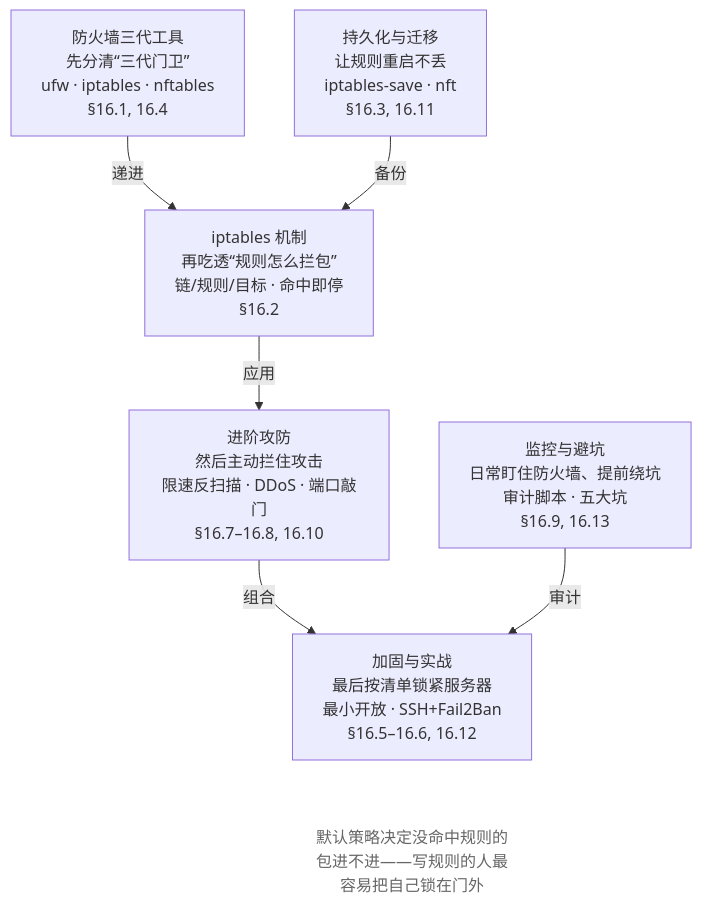
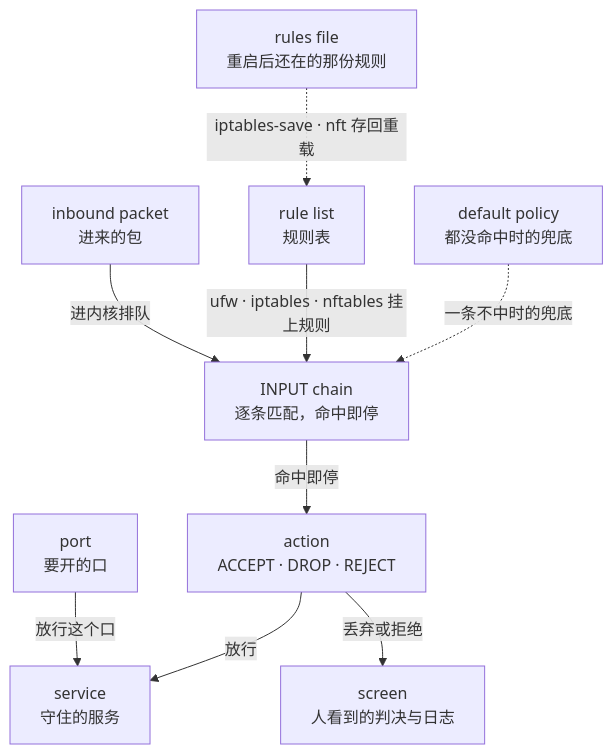
The diagram in src/linux-command/ch16.md (wangxiangnan/wangxiangnan.github.io), drawn with Mermaid before and after one commit. The commit also changed other lines of this file and 32 other files, not shown here.

````diff
--- a/src/linux-command/ch16.md
+++ b/src/linux-command/ch16.md
@@ -14,20 +12,21 @@
 ```mermaid
 flowchart TB
-    A["防火墙三代工具<br>先分清“三代门卫”<br>ufw · iptables · nftables<br>§16.1, 16.4"]
-    B["持久化与迁移<br>让规则重启不丢<br>iptables-save · nft<br>§16.3, 16.11"]
-    C["iptables 机制<br>再吃透“规则怎么拦包”<br>链/规则/目标 · 命中即停<br>§16.2"]
-    D["进阶攻防<br>然后主动拦住攻击<br>限速反扫描 · DDoS · 端口敲门<br>§16.7–16.8, 16.10"]
-    E["监控与避坑<br>日常盯住防火墙、提前绕坑<br>审计脚本 · 五大坑<br>§16.9, 16.13"]
-    F["加固与实战<br>最后按清单锁紧服务器<br>最小开放 · SSH+Fail2Ban<br>§16.5–16.6, 16.12"]
-    NOTE["默认策略决定没命中规则的包进不进——写规则的人最容易把自己锁在门外"]
+    PKT["inbound packet<br>进来的包"]
+    CHAIN["INPUT chain<br>逐条匹配，命中即停"]
+    RULE["rule list<br>规则表"]
+    ACT["action<br>ACCEPT · DROP · REJECT"]
+    POL["default policy<br>都没命中时的兜底"]
+    PORT["port<br>要开的口"]
+    SVC["service<br>守住的服务"]
+    SAVE["rules file<br>重启后还在的那份规则"]
+    SCR["screen<br>人看到的判决与日志"]
 
-    A -->|递进| C
-    C -->|应用| D
-    D -->|组合| F
-    B -->|备份| C
-    E -->|审计| F
-    F ~~~ NOTE
-
-    classDef note fill:none,stroke:none,color:#666
-    class NOTE note
+    PKT -->|"进内核排队"| CHAIN
+    RULE -->|"ufw · iptables · nftables 挂上规则"| CHAIN
+    CHAIN -->|"命中即停"| ACT
+    POL -.->|"一条不中时的兜底"| CHAIN
+    PORT -->|"放行这个口"| SVC
+    ACT -->|"放行"| SVC
+    ACT -->|"丢弃或拒绝"| SCR
+    SAVE -.->|"iptables-save · nft 存回重载"| RULE
 ```
````
